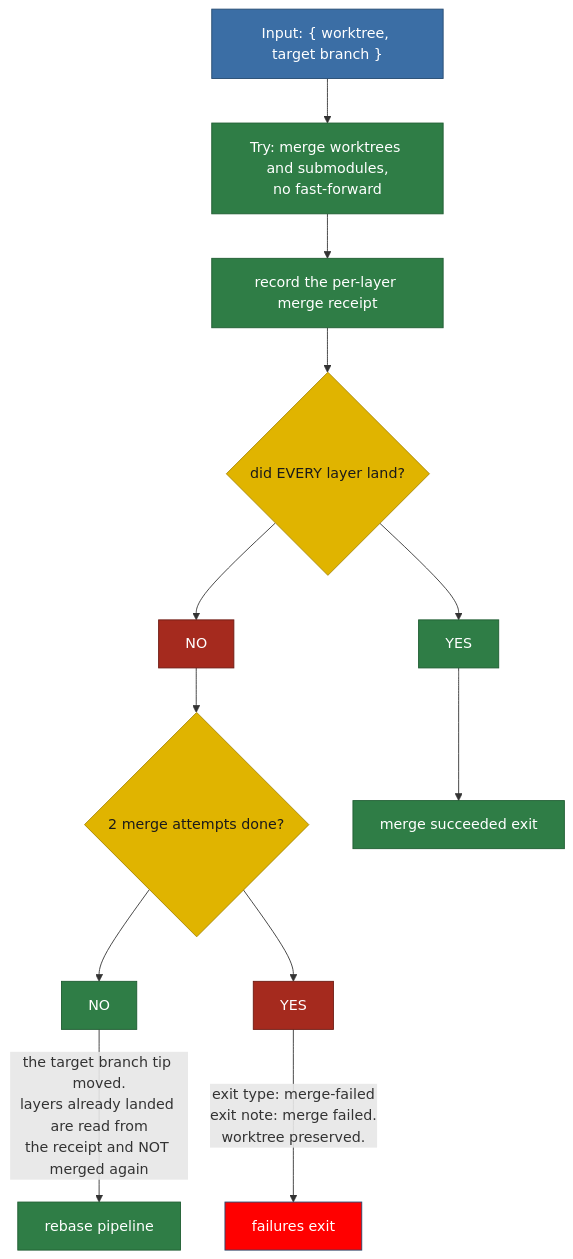
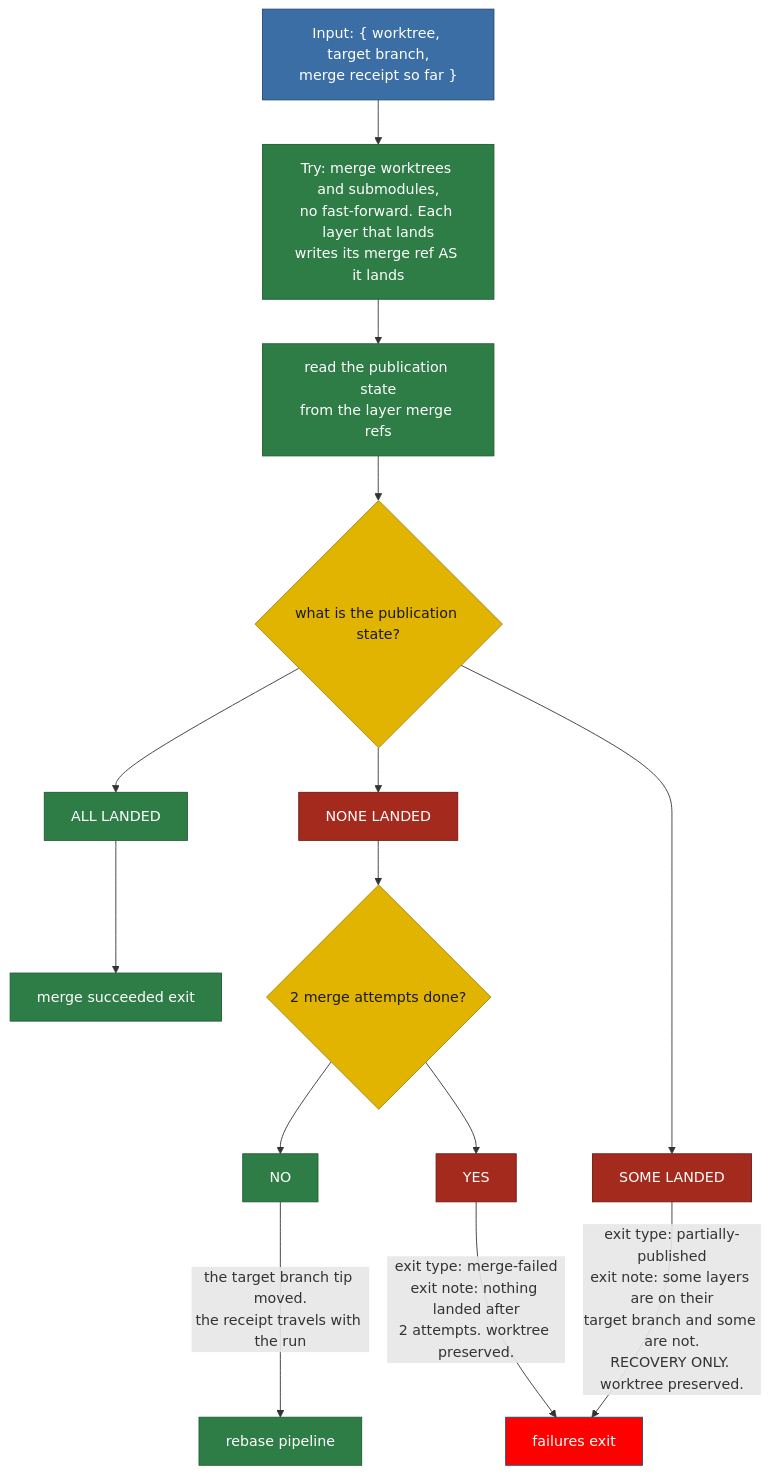
One commit to matkatmusic/taskTools changed the diagram in plans/diagram/pipeline-merge.mmd. Above: the diagram before and after it, drawn with Mermaid. The commit also changed 15 other files, not shown here.

Commit message:
cleaned up comments in pipeline diagrams

```diff
--- a/plans/diagram/pipeline-merge.mmd
+++ b/plans/diagram/pipeline-merge.mmd
@@ -1,74 +1,93 @@
 flowchart TB
-%% MERGE PIPELINE. Split from pipeline-rebaseMerge.mmd.
-%% Input: a green, rebased worktree from the full suite pipeline, with the source
-%% repo lock already held by the rebase preamble pipeline.
-%% One job: land the task's work on the target branch.
-%% Starts at "merge worktrees and submodules". Ends with a merge receipt, or with
-%% an exit.
-%% Rules that apply everywhere, not steps:
-%%   1. Every git interaction goes through a script. Never prose.
-%%   2. Never fast-forward. Every task branch lands as a merge commit.
-%%   3. The merge operates on every repository layer, deepest submodule first,
-%%      root last.
-%%   3a. A multi-repo merge is NOT one yes-or-no event. A submodule merge can land
-%%      and the root merge then fail. That is partial publication, not "the merge
-%%      did not land": some of the task's work is already on a target branch and
-%%      cannot be un-published. So the merge writes a per-layer receipt BEFORE the
-%%      verdict is read - one entry per layer, keyed by occurrence id, each with its
-%%      own status (merged, root-merged-but-not-closed, submodule-conflicted,
-%%      parent-conflicted, merge-record-missing) and its own commit hash. See
-%%      mergeTaskWorktree.ts and MergeTaskWalkReport.
-%%   3b. The retry reconciles against that receipt: a layer already recorded as
-%%      merged is skipped, never merged twice. This also covers a merge whose result
-%%      is lost, per the reconciliation rule - read the receipt and the world first,
-%%      never blindly retry.
-%%   4. The source repo lock is already held and stays held until the exit
-%%      workflow releases it. Every box here refreshes its heartbeat.
-%%   5. A merge retry re-enters the rebase pipeline, not the rebase preamble
-%%      pipeline: re-acquiring the same owner token is a no-op, and the retry
-%%      exists because the target branch tip moved.
-%%   6. A script that fails operationally, as opposed to returning a verdict,
-%%      exits the run as run-failed. The task is already active and a worktree
-%%      already exists here, so the exit workflow always runs in full.
-%% Exit types this pipeline can produce:
-%%   merge-failed       - the merge did not land twice
-%%   run-failed         - a script failed operationally
-%% run-failed is deliberately not drawn as an edge out of every box. It can leave
-%% ANY green box, so drawing it would add one edge per box and hide the flow.
-%% The merge-failed exit leaves the worktree in place. The work is committed, so
-%% the next invocation of this task picks it up.
-%% The merge receipt this pipeline emits - the merge commit hashes and the set of
-%% modified files - is the input to the exit workflow's success tail.
+%% MERGE PIPELINE.
+%% ---
+%% Input: a green, rebased worktree.
+%% ---
+%% Never fast-forward. Every task branch lands as a merge commit.
+%% ---
+%% Walks every repository layer, deepest submodule first, root last.
+%% ---
+%% A multi-repo merge is not one event; a submodule can land while root fails.
+%% ---
+%% Each layer writes its own merge ref the moment it lands.
+%% ---
+%% See recordMergedCommit in mergeTaskWorktrees.ts.
+%% ---
+%% That ref is the publication marker, so no crash can lose it.
+%% ---
+%% "Read the publication state" reconciles those refs, read-only.
+%% ---
+%% See findRecordedMergedCommit and reconcileStep.ts.
+%% ---
+%% STATUS TO VERDICT:
+%% ---
+%% merged = LANDED
+%% ---
+%% no-op = LANDED
+%% ---
+%% root-merged-but-not-closed = LANDED
+%% ---
+%% submodule-conflicted = NOT landed
+%% ---
+%% parent-conflicted = NOT landed
+%% ---
+%% merge-record-missing = UNKNOWN, re-read the refs, else run-failed
+%% ---
+%% ALL LANDED means every layer landed.
+%% ---
+%% NONE LANDED means no layer landed.
+%% ---
+%% Anything else is SOME LANDED.
+%% ---
+%% SOME LANDED never retries; the run stops for a human.
+%% ---
+%% NONE LANDED is the only retryable case; its receipt feeds the rebase pipeline.
+%% ---
+%% A no-op layer, no commits to land, still counts as LANDED.
+%% ---
+%% See commitTaskWork.ts and skippedOccurrenceIds in mergeTaskWorktrees.ts.
+%% ---
+%% Exit types:
+%% ---
+%% merge-failed
+%% ---
+%% partially-published, recovery only
+%% ---
+%% run-failed
 
-  GREEN_WORKTREE_INPUT["Input: { worktree, target branch }"] --> MERGE_WORKTREES
-  MERGE_WORKTREES["Try: merge worktrees and submodules,<br/>no fast-forward"] --> RECORD_LAYER_RECEIPTS["record the per-layer merge receipt"]
-  RECORD_LAYER_RECEIPTS --> DID_EVERY_LAYER_LAND{"did EVERY layer land?"}
-  DID_EVERY_LAYER_LAND --> DID_MERGE_LAND_YES["YES"]
-  DID_EVERY_LAYER_LAND --> DID_MERGE_LAND_NO["NO"]
+  GREEN_WORKTREE_INPUT["Input: { worktree, target branch,<br/>merge receipt so far }"] --> MERGE_WORKTREES
+  MERGE_WORKTREES["Try: merge worktrees and submodules,<br/>no fast-forward. Each layer that lands<br/>writes its merge ref AS it lands"] --> READ_PUBLICATION_STATE["read the publication state<br/>from the layer merge refs"]
+  READ_PUBLICATION_STATE --> WHAT_IS_PUBLICATION_STATE{"what is the publication state?"}
+  WHAT_IS_PUBLICATION_STATE --> PUBLICATION_ALL["ALL LANDED"]
+  WHAT_IS_PUBLICATION_STATE --> PUBLICATION_NONE["NONE LANDED"]
+  WHAT_IS_PUBLICATION_STATE --> PUBLICATION_PARTIAL["SOME LANDED"]
 
-  DID_MERGE_LAND_NO --> ARE_2_MERGE_FAILURES_DONE{"2 merge attempts done?"}
-  ARE_2_MERGE_FAILURES_DONE --> ARE_2_MERGE_FAILURES_DONE_NO["NO"]
-  ARE_2_MERGE_FAILURES_DONE --> ARE_2_MERGE_FAILURES_DONE_YES["YES"]
-  ARE_2_MERGE_FAILURES_DONE_NO -- "the target branch tip moved.<br/>layers already landed are read from<br/>the receipt and NOT merged again" --> REBASE_PIPELINE["rebase pipeline"]
-  ARE_2_MERGE_FAILURES_DONE_YES -- "exit type: merge-failed<br/>exit note: merge failed.<br/>worktree preserved." --> EXIT_WORKFLOW
+  PUBLICATION_ALL --> EXIT_WORKFLOW_SUCCESS["merge succeeded exit"]
 
-  DID_MERGE_LAND_YES --> EXIT_WORKFLOW_SUCCESS["merge succeeded exit"]
+  PUBLICATION_NONE --> ARE_2_MERGE_ATTEMPTS_DONE{"2 merge attempts done?"}
+  ARE_2_MERGE_ATTEMPTS_DONE --> ARE_2_MERGE_ATTEMPTS_DONE_NO["NO"]
+  ARE_2_MERGE_ATTEMPTS_DONE --> ARE_2_MERGE_ATTEMPTS_DONE_YES["YES"]
+  ARE_2_MERGE_ATTEMPTS_DONE_NO -- "the target branch tip moved.<br/>the receipt travels with the run" --> REBASE_PIPELINE["rebase pipeline"]
+  ARE_2_MERGE_ATTEMPTS_DONE_YES -- "exit type: merge-failed<br/>exit note: nothing landed after<br/>2 attempts. worktree preserved." --> EXIT_WORKFLOW
+
+  PUBLICATION_PARTIAL -- "exit type: partially-published<br/>exit note: some layers are on their<br/>target branch and some are not.<br/>RECOVERY ONLY. worktree preserved." --> EXIT_WORKFLOW
 
   EXIT_WORKFLOW["failures exit"]
 
-  %% pass/nopass: green is the branch that keeps heading for the next pipeline,
-  %% red is the branch that retries or ends in the exit workflow.
+  %% pass/nopass: green heads to the next pipeline.
+  %% ---
+  %% Red retries or ends in the exit workflow.
   classDef pipeline fill:#2f7d46,stroke:#1e5c31,color:#ffffff
   classDef script fill:#2f7d46,stroke:#1e5c31,color:#ffffff
   classDef decision fill:#e0b400,stroke:#a88600,color:#1a1a1a
   classDef output fill:#3b6ea5,stroke:#254a70,color:#ffffff
   classDef fail fill:red,stroke:#254a70,color:#ffffff
   classDef pass fill:#2f7d46,stroke:#1e5c31,color:#ffffff
   classDef nopass fill:#a52a1e,stroke:#6d1a12,color:#ffffff
-  class DID_EVERY_LAYER_LAND,ARE_2_MERGE_FAILURES_DONE decision
-  class MERGE_WORKTREES,RECORD_LAYER_RECEIPTS script
+  class WHAT_IS_PUBLICATION_STATE,ARE_2_MERGE_ATTEMPTS_DONE decision
+  class MERGE_WORKTREES,READ_PUBLICATION_STATE script
   class REBASE_PIPELINE,EXIT_WORKFLOW_SUCCESS pipeline
-  class DID_MERGE_LAND_YES,ARE_2_MERGE_FAILURES_DONE_NO pass
-  class DID_MERGE_LAND_NO,ARE_2_MERGE_FAILURES_DONE_YES nopass
+  class PUBLICATION_ALL,ARE_2_MERGE_ATTEMPTS_DONE_NO pass
+  class PUBLICATION_NONE,PUBLICATION_PARTIAL,ARE_2_MERGE_ATTEMPTS_DONE_YES nopass
   class EXIT_WORKFLOW fail
   class GREEN_WORKTREE_INPUT output
```
